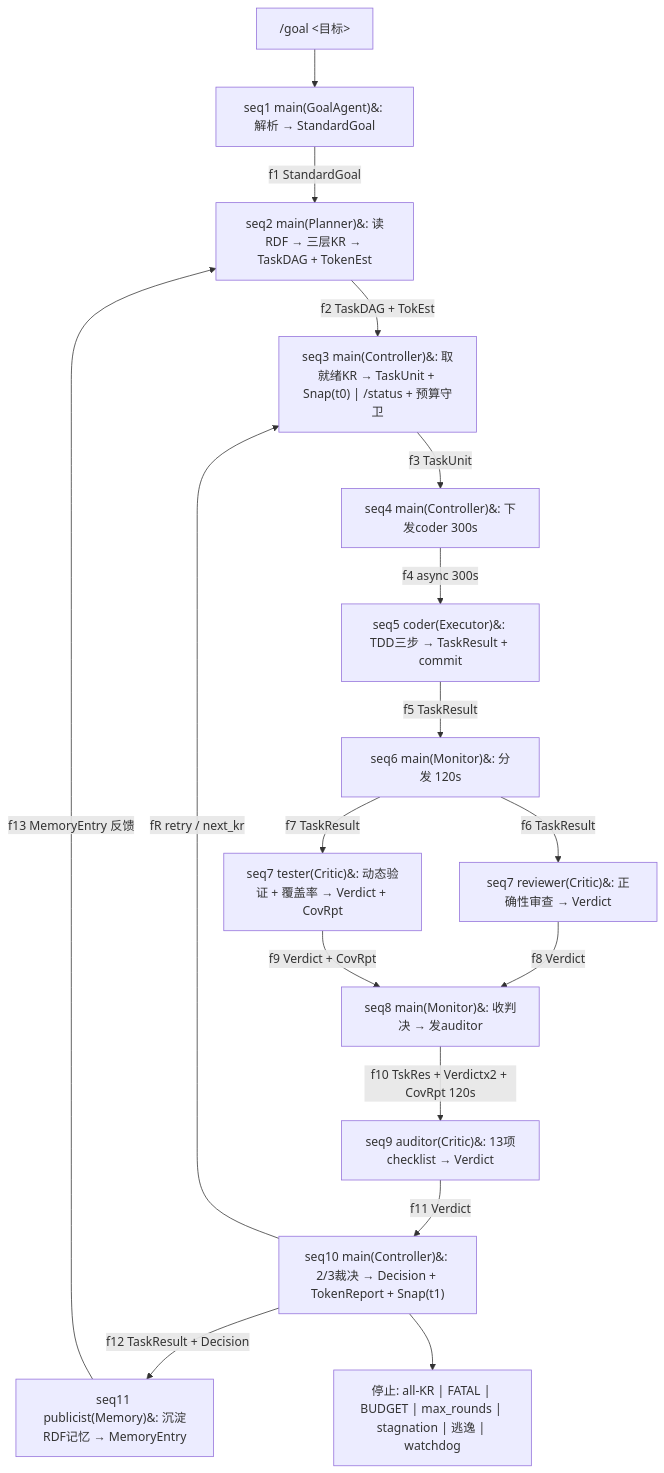
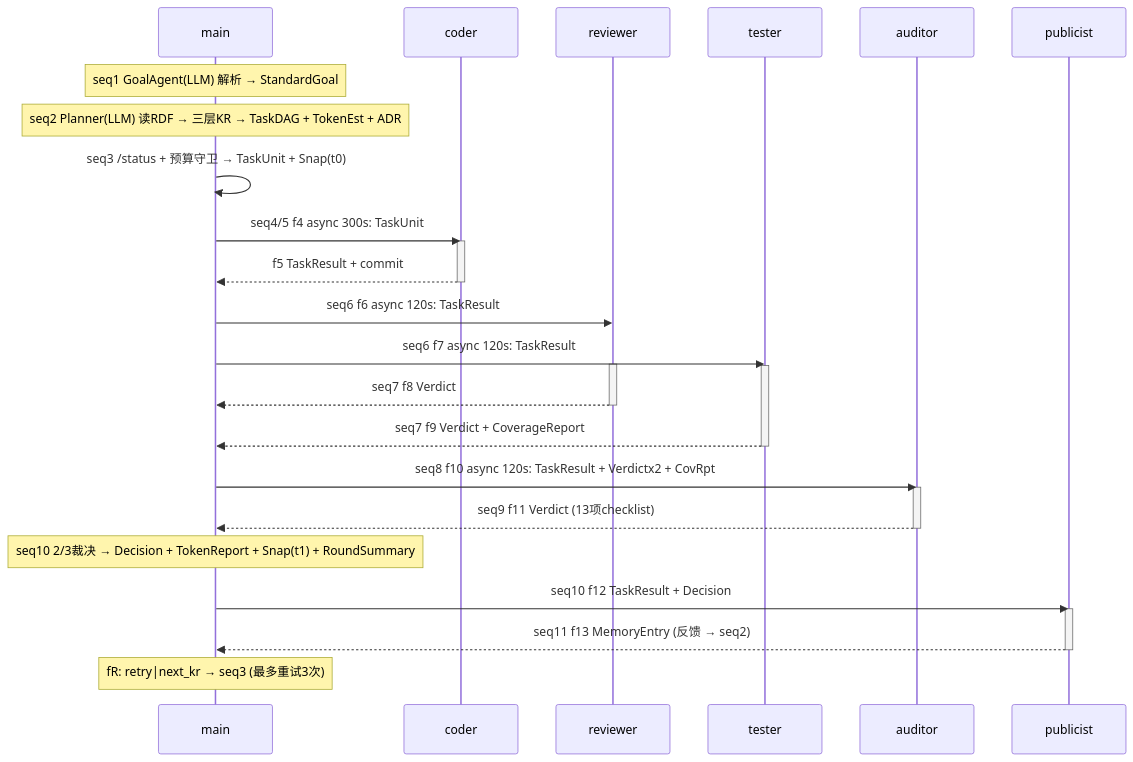
One commit to iFeel-is-a-mouse/openclaw-teamloop-flow changed the second of 2 diagrams in README.md. Above: the diagram before and after it, drawn with Mermaid. The commit also changed other lines of this file, not shown here.

Commit message:
Switch to Mermaid sequenceDiagram

````diff
--- a/README.md
+++ b/README.md
@@ -99,34 +106,41 @@
 ```mermaid
-flowchart TD
-    GOAL["/goal &lt;目标&gt;"]
-    S1["seq1 main(GoalAgent)&#58; 解析 → StandardGoal"]
-    S2["seq2 main(Planner)&#58; 读RDF → 三层KR → TaskDAG + TokenEst"]
-    S3["seq3 main(Controller)&#58; 取就绪KR → TaskUnit + Snap(t0) | /status + 预算守卫"]
-    S4["seq4 main(Controller)&#58; 下发coder 300s"]
-    S5["seq5 coder(Executor)&#58; TDD三步 → TaskResult + commit"]
-    S6["seq6 main(Monitor)&#58; 分发 120s"]
-    S7R["seq7 reviewer(Critic)&#58; 正确性审查 → Verdict"]
-    S7T["seq7 tester(Critic)&#58; 动态验证 + 覆盖率 → Verdict + CovRpt"]
-    S8["seq8 main(Monitor)&#58; 收判决 → 发auditor"]
-    S9["seq9 auditor(Critic)&#58; 13项checklist → Verdict"]
-    S10["seq10 main(Controller)&#58; 2/3裁决 → Decision + TokenReport + Snap(t1)"]
-    S11["seq11 publicist(Memory)&#58; 沉淀RDF记忆 → MemoryEntry"]
-    STOP["停止: all-KR | FATAL | BUDGET | max_rounds | stagnation | 逃逸 | watchdog"]
+sequenceDiagram
+    participant main
+    participant coder
+    participant reviewer
+    participant tester
+    participant auditor
+    participant publicist
 
-    GOAL --> S1
-    S1 -->|"f1 StandardGoal"| S2
-    S2 -->|"f2 TaskDAG + TokEst"| S3
-    S3 -->|"f3 TaskUnit"| S4
-    S4 -->|"f4 async 300s"| S5
-    S5 -->|"f5 TaskResult"| S6
-    S6 -->|"f6 TaskResult"| S7R
-    S6 -->|"f7 TaskResult"| S7T
-    S7R -->|"f8 Verdict"| S8
-    S7T -->|"f9 Verdict + CovRpt"| S8
-    S8 -->|"f10 TskRes + Verdictx2 + CovRpt 120s"| S9
-    S9 -->|"f11 Verdict"| S10
-    S10 -->|"f12 TaskResult + Decision"| S11
-    S11 -->|"f13 MemoryEntry 反馈"| S2
-    S10 -->|"fR retry / next_kr"| S3
-    S10 --> STOP
+    Note over main: seq1 GoalAgent(LLM) 解析 → StandardGoal
+    Note over main: seq2 Planner(LLM) 读RDF → 三层KR → TaskDAG + TokenEst + ADR
+
+    main->>main: seq3 /status + 预算守卫 → TaskUnit + Snap(t0)
+    main->>coder: seq4/5 f4 async 300s: TaskUnit
+    activate coder
+    coder-->>main: f5 TaskResult + commit
+    deactivate coder
+
+    main->>reviewer: seq6 f6 async 120s: TaskResult
+    main->>tester: seq6 f7 async 120s: TaskResult
+    activate reviewer
+    activate tester
+    reviewer-->>main: seq7 f8 Verdict
+    deactivate reviewer
+    tester-->>main: seq7 f9 Verdict + CoverageReport
+    deactivate tester
+
+    main->>auditor: seq8 f10 async 120s: TaskResult + Verdictx2 + CovRpt
+    activate auditor
+    auditor-->>main: seq9 f11 Verdict (13项checklist)
+    deactivate auditor
+
+    Note over main: seq10 2/3裁决 → Decision + TokenReport + Snap(t1) + RoundSummary
+
+    main->>publicist: seq10 f12 TaskResult + Decision
+    activate publicist
+    publicist-->>main: seq11 f13 MemoryEntry (反馈 → seq2)
+    deactivate publicist
+
+    Note over main: fR: retry|next_kr → seq3 (最多重试3次)
 ```
````
